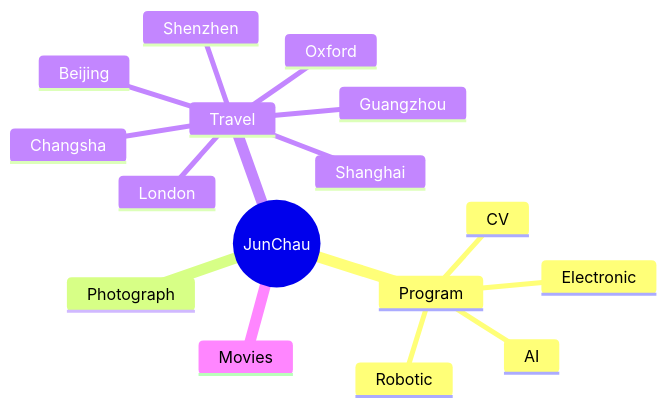
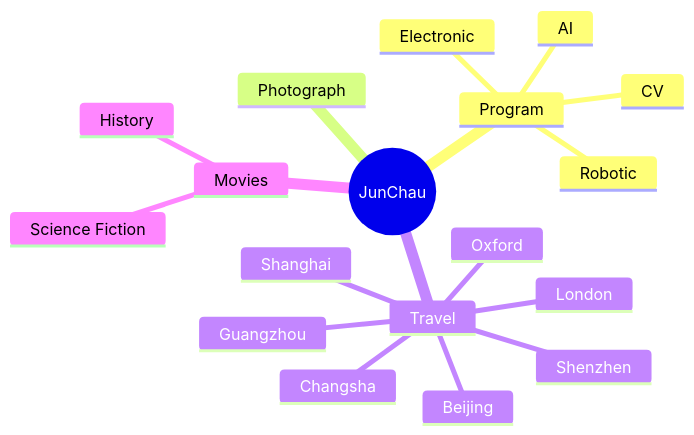
One commit to WhiteMoZJ/WhiteMoZJ changed the diagram in README.md. Above: the diagram before and after it, drawn with Mermaid. The commit also changed other lines of this file, not shown here.

````diff
--- a/README.md
+++ b/README.md
@@ -19,19 +55,22 @@
   ```mermaid
   mindmap
     root((JunChau))
       Program
         CV
         AI
         Robotic
         Electronic
       Photograph
       Travel
         Guangzhou
         Shenzhen
         Changsha
         Beijing
         Shanghai
         London
         Oxford
       Movies
+        Science Fiction
+        History
+        
   ```
````
